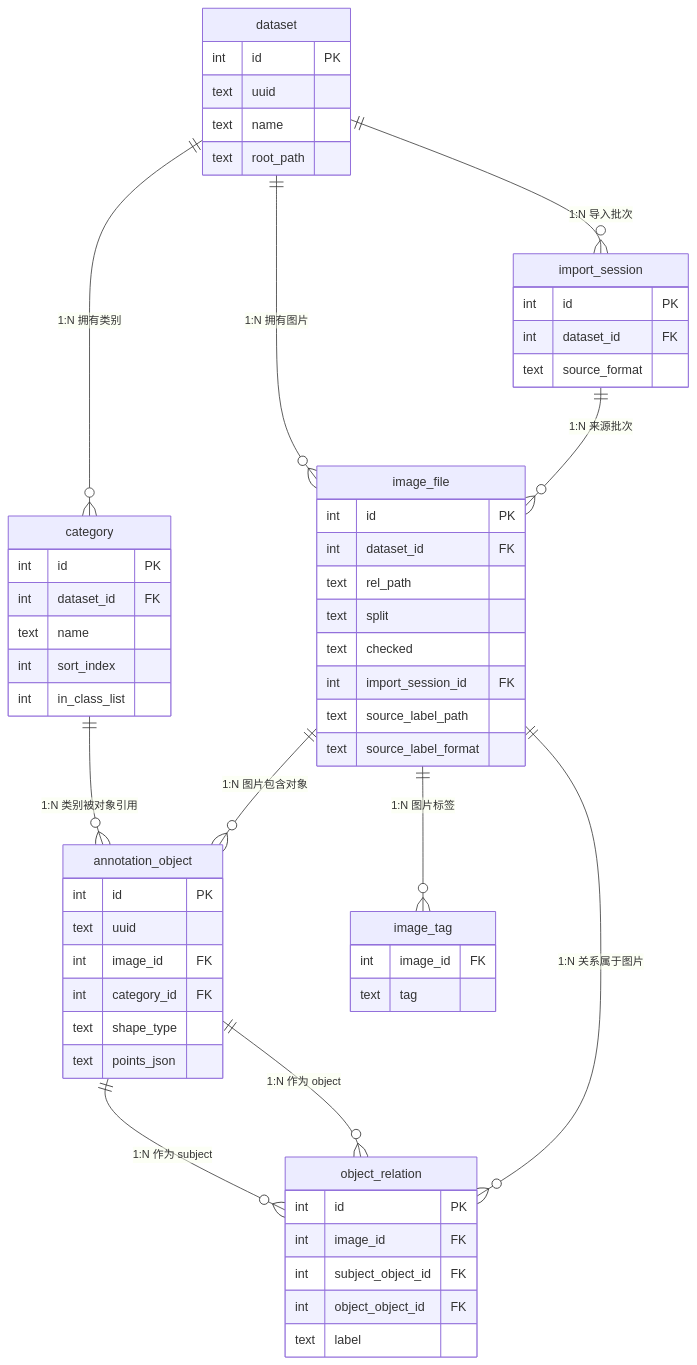
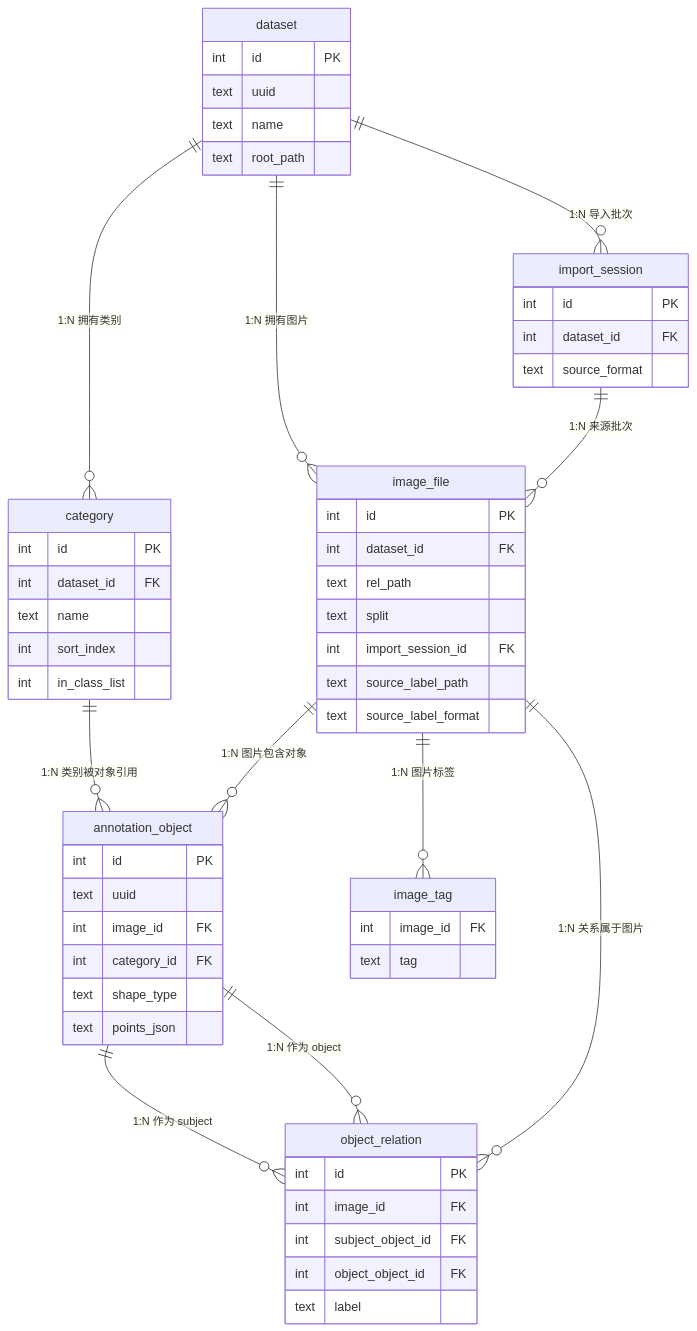
The diagram in docs/dev/数据库设计-讨论稿.md (shmily-linjun/FrameLabel), drawn with Mermaid before and after one commit. The commit also changed other lines of this file, not shown here.

First line of the commit message:
docs(数据库设计): v0.11 移除 checked，Q1/Q3/Q4 定案

````diff
--- a/docs/dev/数据库设计-讨论稿.md
+++ b/docs/dev/数据库设计-讨论稿.md
@@ -202,61 +204,60 @@
 ```mermaid
 erDiagram
     dataset ||--o{ category : "1:N 拥有类别"
     dataset ||--o{ image_file : "1:N 拥有图片"
     dataset ||--o{ import_session : "1:N 导入批次"
     category ||--o{ annotation_object : "1:N 类别被对象引用"
     image_file ||--o{ annotation_object : "1:N 图片包含对象"
     image_file ||--o{ image_tag : "1:N 图片标签"
     image_file ||--o{ object_relation : "1:N 关系属于图片"
     annotation_object ||--o{ object_relation : "1:N 作为 subject"
     annotation_object ||--o{ object_relation : "1:N 作为 object"
     import_session ||--o{ image_file : "1:N 来源批次"
 
     dataset {
         int id PK
         text uuid
         text name
         text root_path
     }
     category {
         int id PK
         int dataset_id FK
         text name
         int sort_index
         int in_class_list
     }
     image_file {
         int id PK
         int dataset_id FK
         text rel_path
         text split
-        text checked
         int import_session_id FK
         text source_label_path
         text source_label_format
     }
     annotation_object {
         int id PK
         text uuid
         int image_id FK
         int category_id FK
         text shape_type
         text points_json
     }
     image_tag {
         int image_id FK
         text tag
     }
     object_relation {
         int id PK
         int image_id FK
         int subject_object_id FK
         int object_object_id FK
         text label
     }
     import_session {
         int id PK
         int dataset_id FK
         text source_format
     }
 ```
````
